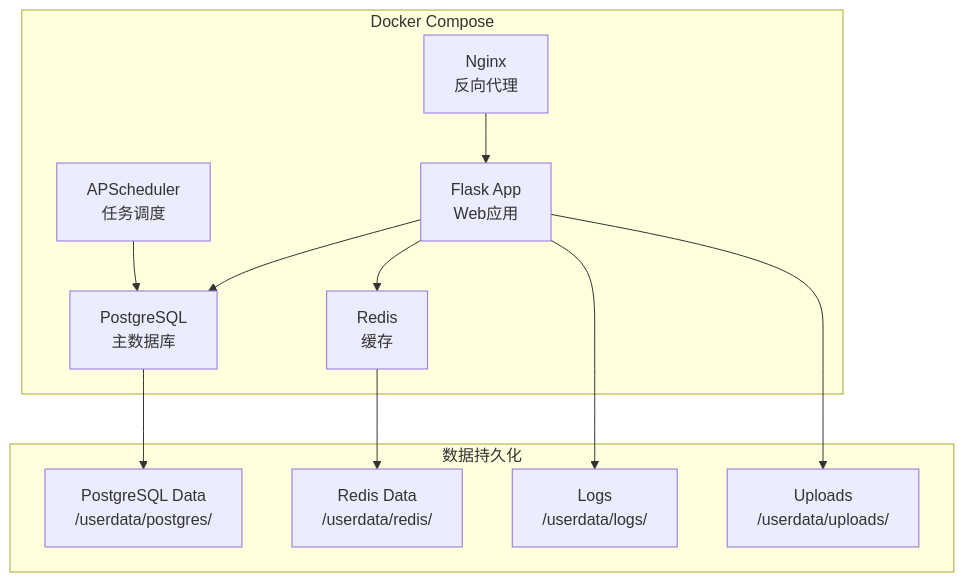
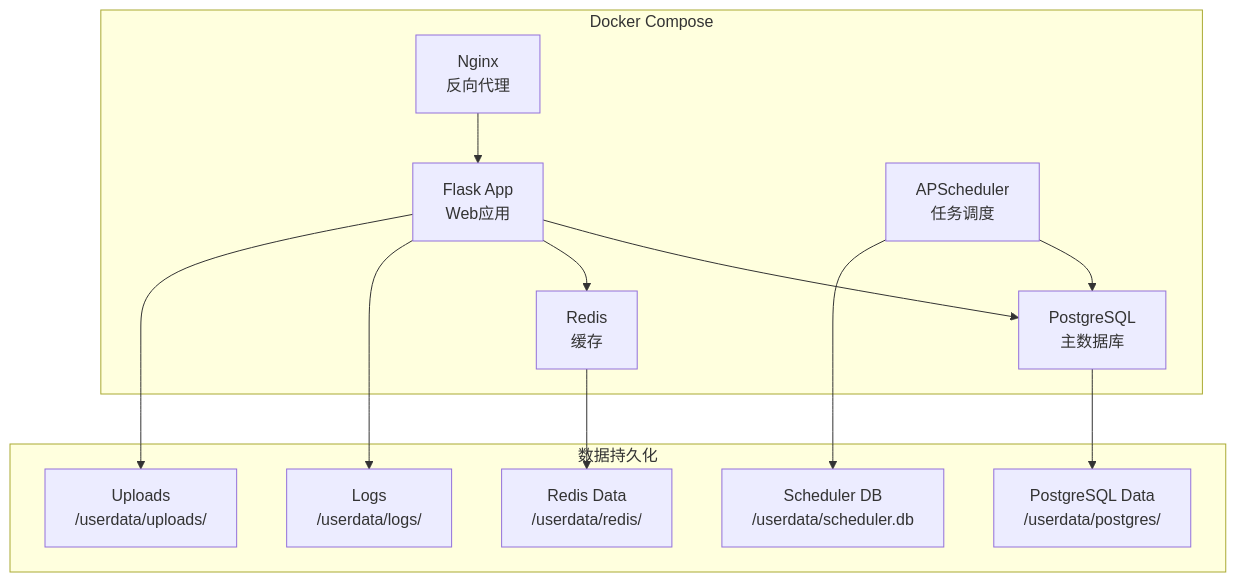
Before and after one commit to nyealovey/WhaleFall: diagram 11 of 11 in docs/architecture/spec.md, drawn with Mermaid. The commit also changed other lines of this file and 13 other files, not shown here.

````diff
--- a/docs/architecture/spec.md
+++ b/docs/architecture/spec.md
@@ -731,21 +909,23 @@
 ```mermaid
 graph TB
     subgraph "Docker Compose"
         A[Nginx<br/>反向代理] --> B[Flask App<br/>Web应用]
         B --> C[PostgreSQL<br/>主数据库]
         B --> D[Redis<br/>缓存]
         E[APScheduler<br/>任务调度] --> C
     end
     
     subgraph "数据持久化"
         F[PostgreSQL Data<br/>/userdata/postgres/]
         G[Redis Data<br/>/userdata/redis/]
         H[Logs<br/>/userdata/logs/]
         I[Uploads<br/>/userdata/uploads/]
+        J[Scheduler DB<br/>/userdata/scheduler.db]
     end
     
     C --> F
     D --> G
     B --> H
     B --> I
+    E --> J
 ```
````
